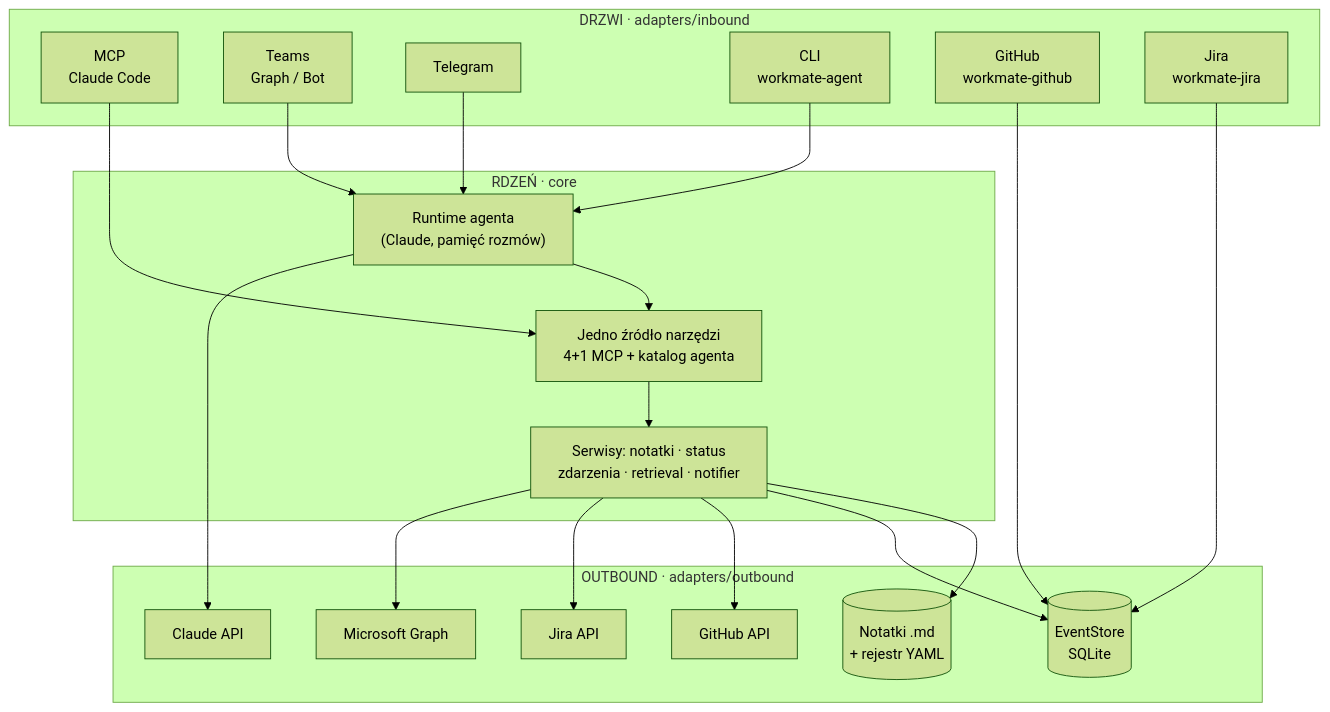
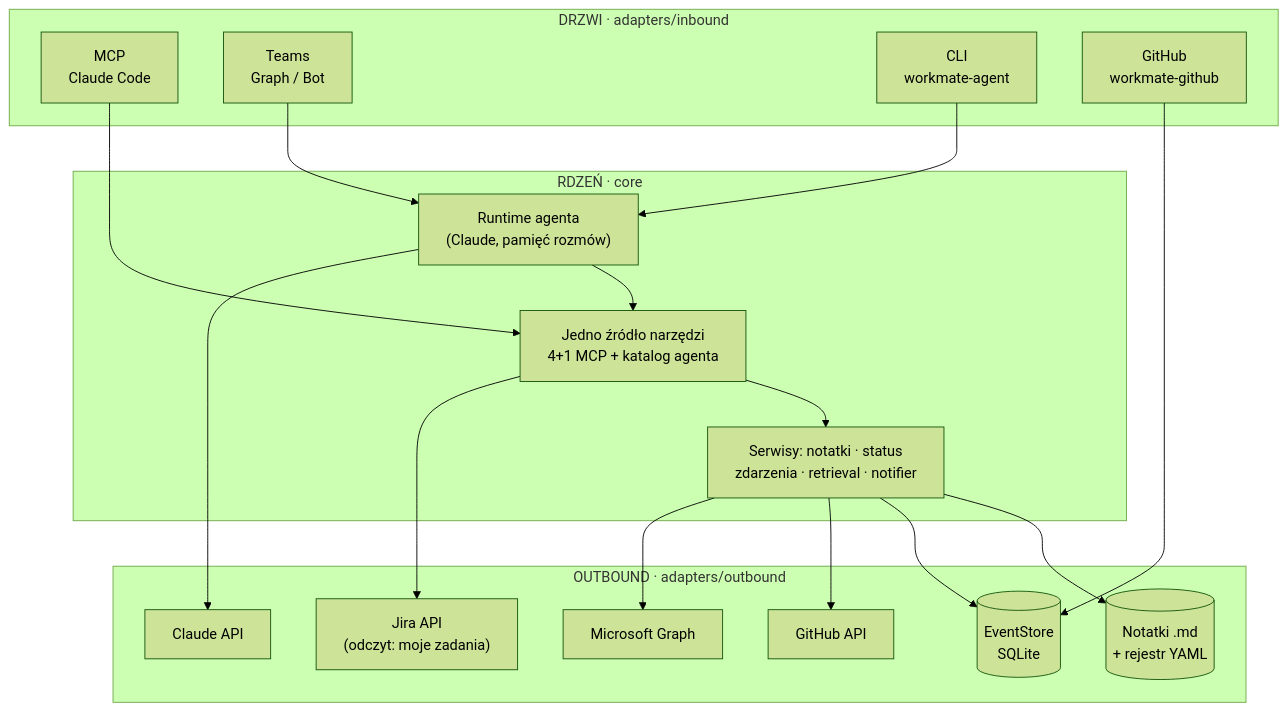
Before and after one commit to P0w3r223/sufler: the first of 2 diagrams in README.md, drawn with Mermaid (forest theme). The commit also changed other lines of this file and 160 other files, not shown here.

First line of the commit message:
feat(jira): redukcja do odczytu "moje zadania" + wycofanie WorklogPRO (D1-D3)

````diff
--- a/README.md
+++ b/README.md
@@ -38,38 +40,34 @@
 ```mermaid
 flowchart TB
     subgraph D["DRZWI · adapters/inbound"]
         MCP["MCP<br/>Claude Code"]
         TG["Teams<br/>Graph / Bot"]
-        TEL["Telegram"]
         CLI["CLI<br/>workmate-agent"]
         GHD["GitHub<br/>workmate-github"]
-        JD["Jira<br/>workmate-jira"]
     end
     subgraph C["RDZEŃ · core"]
         CAT["Jedno źródło narzędzi<br/>4+1 MCP + katalog agenta"]
         AG["Runtime agenta<br/>(Claude, pamięć rozmów)"]
         SVC["Serwisy: notatki · status<br/>zdarzenia · retrieval · notifier"]
     end
     subgraph O["OUTBOUND · adapters/outbound"]
         NOTES[("Notatki .md<br/>+ rejestr YAML")]
         LLM["Claude API"]
         ES[("EventStore<br/>SQLite")]
         GHAPI["GitHub API"]
-        JIRAAPI["Jira API"]
+        JIRAAPI["Jira API<br/>(odczyt: moje zadania)"]
         GRAPH["Microsoft Graph"]
     end
     MCP --> CAT
     TG --> AG
-    TEL --> AG
     CLI --> AG
     GHD --> ES
-    JD --> ES
     AG --> CAT
     CAT --> SVC
     SVC --> NOTES
     SVC --> ES
     AG --> LLM
     SVC --> GHAPI
-    SVC --> JIRAAPI
+    CAT --> JIRAAPI
     SVC --> GRAPH
 ```
````
